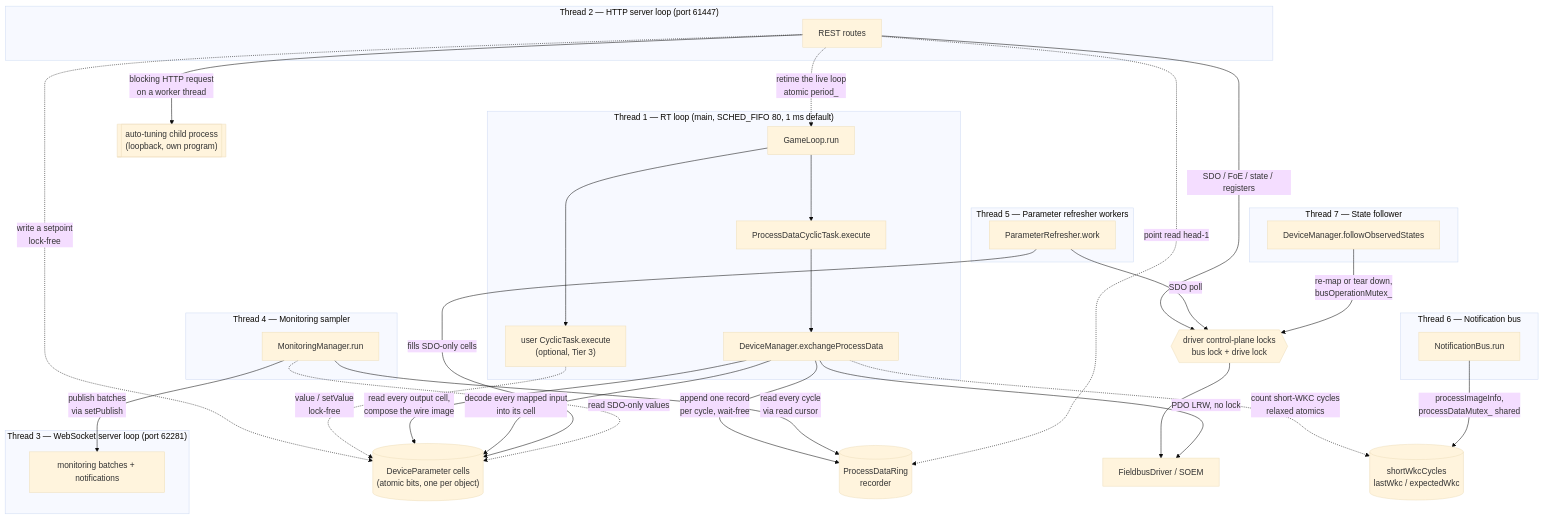
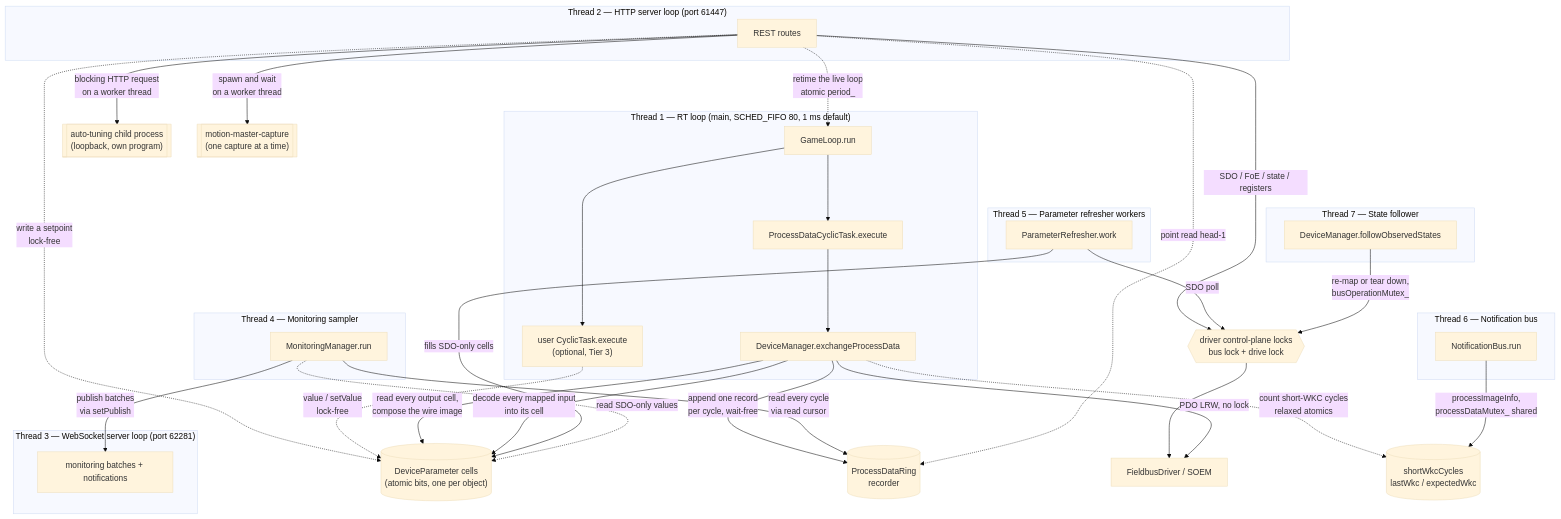
Before and after one commit to synapticon/motion-master: the diagram in docs/THREADS.md, drawn with Mermaid (base theme). The commit also changed other lines of this file and 6 other files, not shown here.

````diff
--- a/docs/THREADS.md
+++ b/docs/THREADS.md
@@ -56,46 +66,47 @@
 ```mermaid
 flowchart TB
     subgraph RT["Thread 1 — RT loop (main, SCHED_FIFO 80, 1 ms default)"]
         GL[GameLoop.run] --> PDT[ProcessDataCyclicTask.execute]
         PDT --> EPD[DeviceManager.exchangeProcessData]
         GL --> UT["user CyclicTask.execute<br/>(optional, Tier 3)"]
     end
     subgraph HSRV["Thread 2 — HTTP server loop (port 61447)"]
         HTTP[REST routes]
     end
     subgraph WSRV["Thread 3 — WebSocket server loop (port 62281)"]
         WS[monitoring batches + notifications]
     end
     subgraph SAMP["Thread 4 — Monitoring sampler"]
         MS[MonitoringManager.run]
     end
     subgraph REF["Thread 5 — Parameter refresher workers"]
         PR[ParameterRefresher.work]
     end
     subgraph NB["Thread 6 — Notification bus"]
         BH[NotificationBus.run]
     end
     subgraph SF["Thread 7 — State follower"]
         FS[DeviceManager.followObservedStates]
     end
 
     HTTP -.->|write a setpoint<br/>lock-free| CELLS[("DeviceParameter cells<br/>(atomic bits, one per object)")]
     HTTP -.->|retime the live loop<br/>atomic period_| GL
     UT -.->|value / setValue<br/>lock-free| CELLS
     EPD -->|read every output cell,<br/>compose the wire image| CELLS
     EPD -->|decode every mapped input<br/>into its cell| CELLS
     EPD -->|append one record<br/>per cycle, wait-free| RING[(ProcessDataRing<br/>recorder)]
     MS -->|read every cycle<br/>via read cursor| RING
     HTTP -.->|point read head-1| RING
     HTTP -->|SDO / FoE / state / registers| SM{{driver control-plane locks<br/>bus lock + drive lock}}
     PR -->|SDO poll| SM
     SM --> DRV[FieldbusDriver / SOEM]
     EPD -->|PDO LRW, no lock| DRV
     MS -->|publish batches<br/>via setPublish| WS
     PR -->|fills SDO-only cells| CELLS
     MS -.->|read SDO-only values| CELLS
     EPD -.->|count short-WKC cycles<br/>relaxed atomics| WKC[("shortWkcCycles<br/>lastWkc / expectedWkc")]
     BH -->|processImageInfo,<br/>processDataMutex_ shared| WKC
     FS -->|re-map or tear down,<br/>busOperationMutex_| SM
     HTTP -->|blocking HTTP request<br/>on a worker thread| AT[["auto-tuning child process<br/>(loopback, own program)"]]
+    HTTP -->|spawn and wait<br/>on a worker thread| CAP[["motion-master-capture<br/>(one capture at a time)"]]
 ```
````
